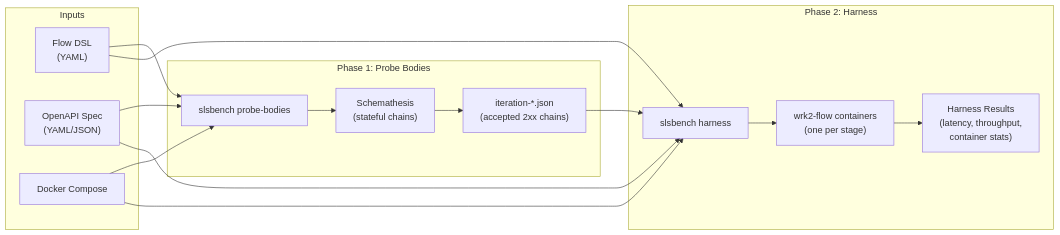
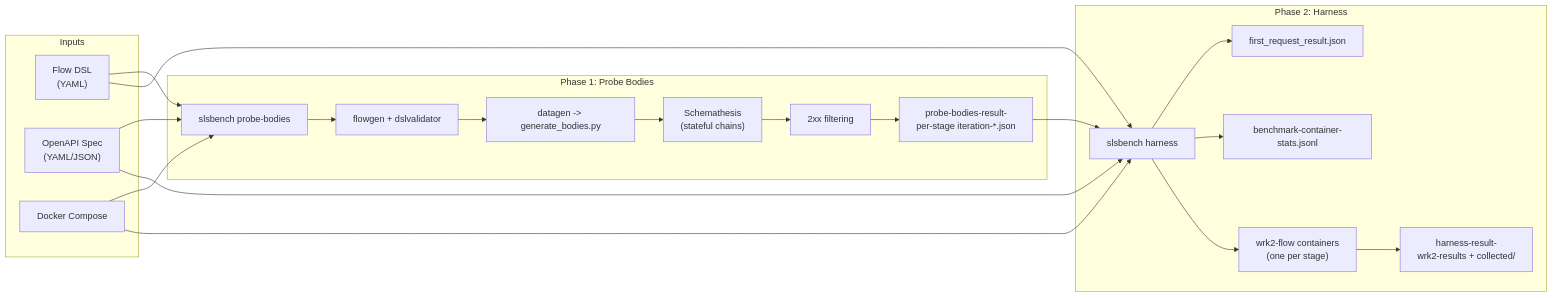
Before and after one commit to d-iii-s/serverless-benchmarking: the first of 6 diagrams in README.md, drawn with Mermaid. The commit also changed other lines of this file and 11 other files, not shown here.

````diff
--- a/README.md
+++ b/README.md
@@ -7,31 +7,43 @@
 ```mermaid
 flowchart LR
     subgraph inputs [Inputs]
         FlowDSL["Flow DSL\n(YAML)"]
         OpenAPI["OpenAPI Spec\n(YAML/JSON)"]
         Compose["Docker Compose"]
     end
 
     subgraph phase1 [Phase 1: Probe Bodies]
         PB["slsbench probe-bodies"]
+        Flowgen["flowgen + dslvalidator"]
+        Datagen["datagen -> generate_bodies.py"]
         Schemathesis["Schemathesis\n(stateful chains)"]
-        PB --> Schemathesis
-        Schemathesis --> Iterations["iteration-*.json\n(accepted 2xx chains)"]
+        Accepted["2xx filtering"]
+        Iterations["probe-bodies-result-<timestamp>\nper-stage iteration-*.json"]
+        PB --> Flowgen
+        Flowgen --> Datagen
+        Datagen --> Schemathesis
+        Schemathesis --> Accepted
+        Accepted --> Iterations
     end
 
     subgraph phase2 [Phase 2: Harness]
         H["slsbench harness"]
+        FirstResponse["first_request_result.json"]
+        Stats["benchmark-container-stats.jsonl"]
         WRK2["wrk2-flow containers\n(one per stage)"]
+        Results["harness-result-<timestamp>\nwrk2-results + collected/"]
+        H --> FirstResponse
+        H --> Stats
         H --> WRK2
-        WRK2 --> Results["Harness Results\n(latency, throughput,\ncontainer stats)"]
+        WRK2 --> Results
     end
 
     FlowDSL --> PB
     OpenAPI --> PB
     Compose --> PB
 
     FlowDSL --> H
     OpenAPI --> H
     Compose --> H
     Iterations --> H
 ```
````
